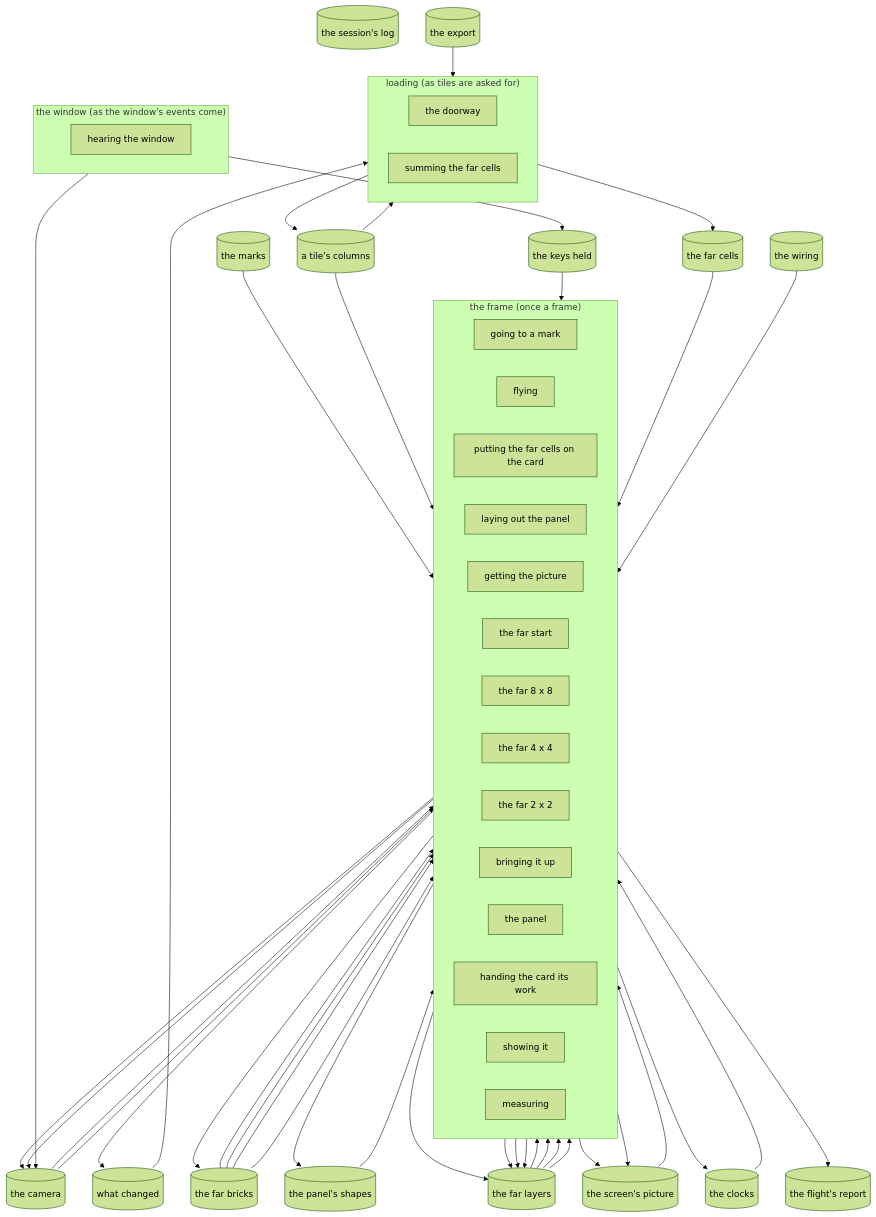
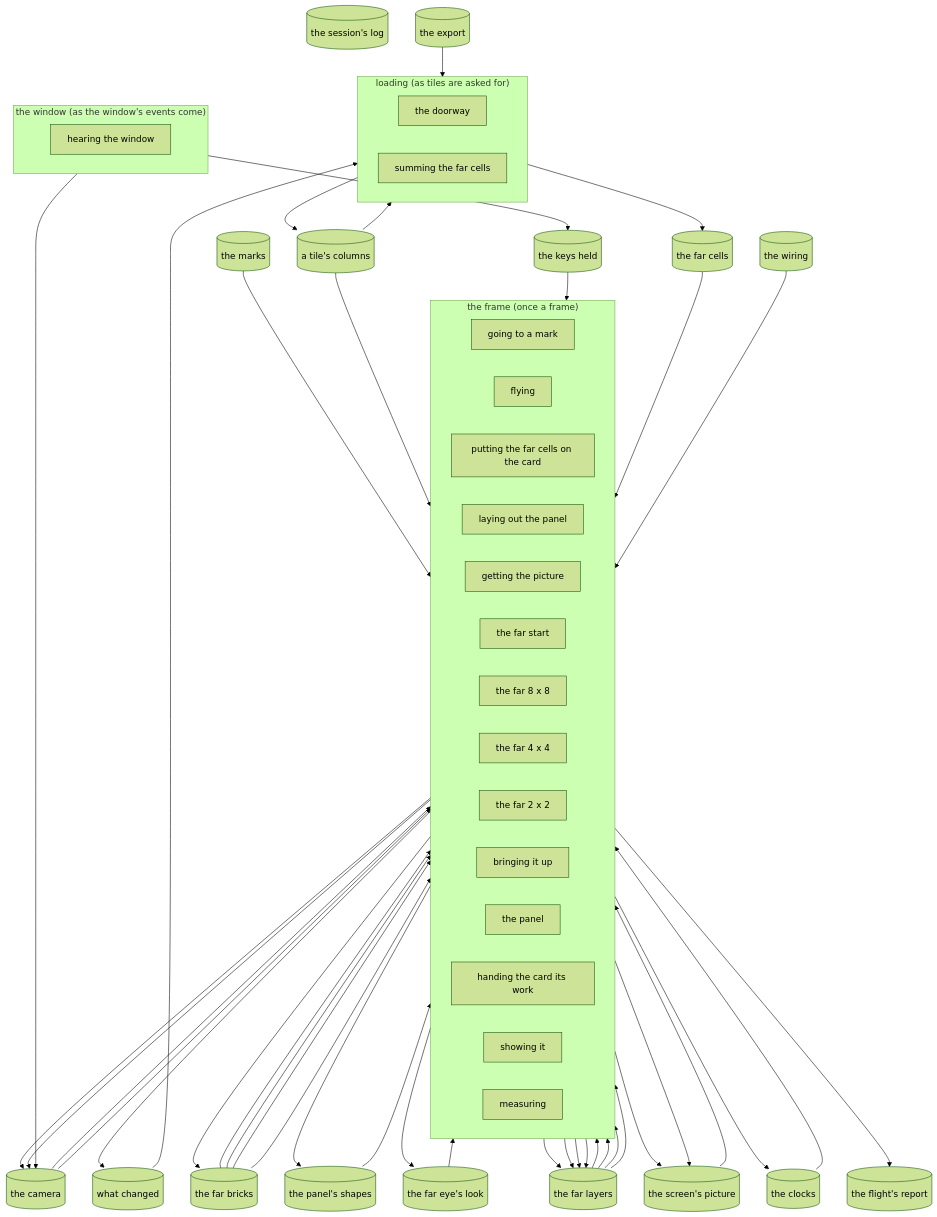
The diagram in master/map.md (david138collins/incus-artus), drawn with Mermaid (forest theme) before and after one commit. The commit also changed other lines of this file and 6 other files, not shown here.

```diff
--- a/master/map.md
+++ b/master/map.md
@@ -51,6 +51,7 @@
   store_the_far_cells[("the far cells")]
   store_the_far_bricks[("the far bricks")]
   store_the_far_layers[("the far layers")]
+  store_the_far_eye_s_look[("the far eye's look")]
   pass_hearing_the_window --> store_the_keys_held
   pass_hearing_the_window --> store_the_camera
   store_the_marks --> pass_going_to_a_mark
@@ -65,8 +66,10 @@
   store_the_clocks --> pass_laying_out_the_panel
   store_the_wiring --> pass_laying_out_the_panel
   pass_laying_out_the_panel --> store_the_panel_s_shapes
+  pass_laying_out_the_panel --> store_the_far_eye_s_look
   store_the_camera --> pass_the_far_start
   store_the_far_bricks --> pass_the_far_start
+  store_the_far_eye_s_look --> pass_the_far_start
   pass_the_far_start --> store_the_far_layers
   store_the_far_bricks --> pass_the_far_8_x_8
   store_the_far_layers --> pass_the_far_8_x_8
```
